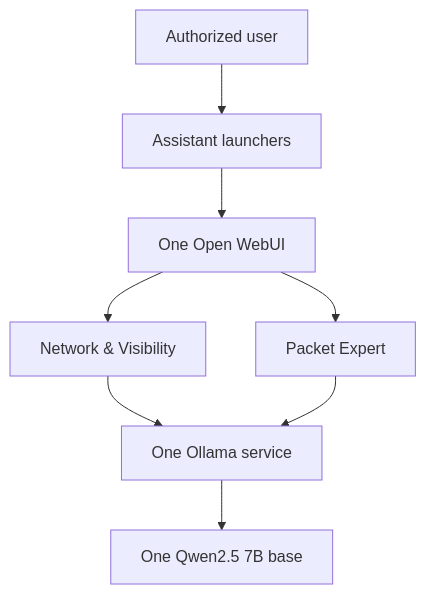
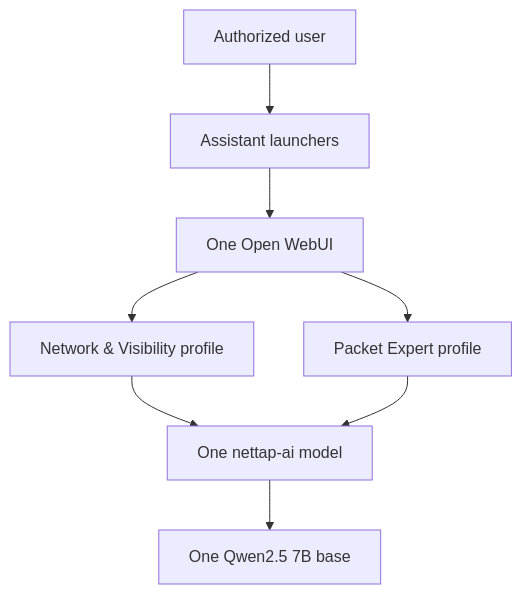
One commit to mpdwyer2367/nettap-packet-expert changed the diagram in README.md. Above: the diagram before and after it, drawn with Mermaid. The commit also changed other lines of this file and 48 other files, not shown here.

Commit message:
Unify NetTAP capabilities in one model

````diff
--- a/README.md
+++ b/README.md
@@ -20,10 +20,10 @@
 ```mermaid
 flowchart TB
     U["Authorized user"] --> L["Assistant launchers"]
     L --> W["One Open WebUI"]
-    W --> V["Network & Visibility"]
-    W --> P["Packet Expert"]
-    V --> O["One Ollama service"]
-    P --> O
-    O --> Q["One Qwen2.5 7B base"]
+    W --> V["Network & Visibility profile"]
+    W --> P["Packet Expert profile"]
+    V --> N["One nettap-ai model"]
+    P --> N
+    N --> Q["One Qwen2.5 7B base"]
 ```
````
